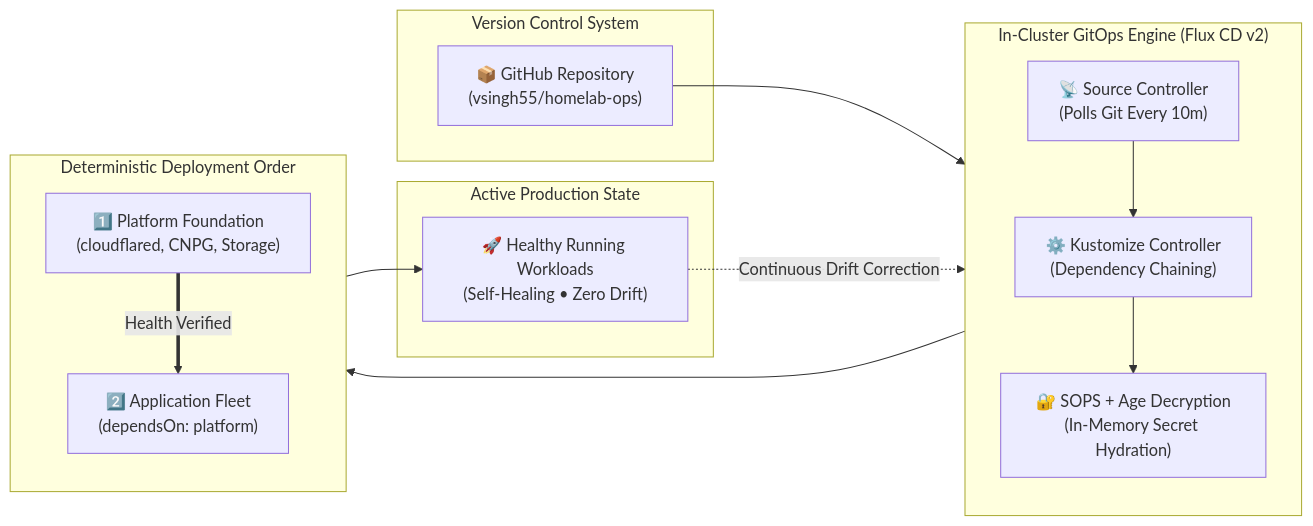
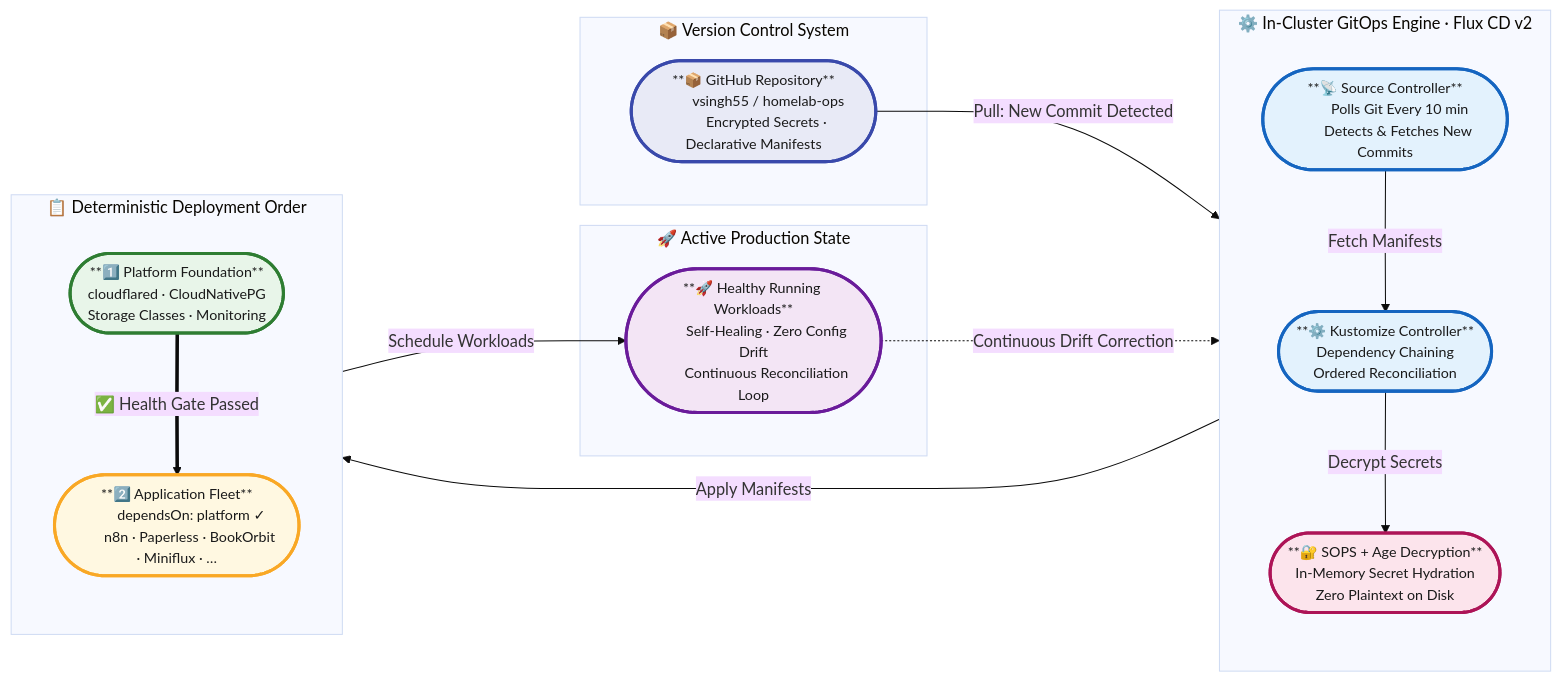
One commit to vsingh55/homelab-ops changed the third of 4 diagrams in README.md. Above: the diagram before and after it, drawn with Mermaid. The commit also changed other lines of this file, not shown here.

````diff
--- a/README.md
+++ b/README.md
@@ -161,32 +207,66 @@
 ```mermaid
+%%{init: {'theme': 'base', 'themeVariables': {'fontSize': '16px', 'fontFamily': 'Inter, Segoe UI, sans-serif'}, 'flowchart': {'curve': 'basis', 'nodeSpacing': 65, 'rankSpacing': 90}}}%%
 flowchart LR
-    subgraph VCS["Version Control System"]
-        GitRepo["📦 GitHub Repository\n(vsingh55/homelab-ops)"]
+
+    %% ── STYLE DEFINITIONS ─────────────────────────────────────────
+    classDef vcsStyle      fill:#E8EAF6,stroke:#3949AB,stroke-width:3px,color:#1A1A1A,font-size:14px;
+    classDef controlStyle  fill:#E3F2FD,stroke:#1565C0,stroke-width:3px,color:#1A1A1A,font-size:14px;
+    classDef secretStyle   fill:#FCE4EC,stroke:#AD1457,stroke-width:3px,color:#1A1A1A,font-size:14px;
+    classDef platformStyle fill:#E8F5E9,stroke:#2E7D32,stroke-width:3px,color:#1A1A1A,font-size:14px;
+    classDef appsStyle     fill:#FFF8E1,stroke:#F9A825,stroke-width:3px,color:#1A1A1A,font-size:14px;
+    classDef liveStyle     fill:#F3E5F5,stroke:#6A1B9A,stroke-width:3px,color:#1A1A1A,font-size:14px;
+
+    %% ── SOURCE OF TRUTH ──────────────────────────────────────────
+    subgraph VCS["📦  Version Control System"]
+        GitRepo(["**📦 GitHub Repository**
+        vsingh55 / homelab-ops
+        Encrypted Secrets · Declarative Manifests"])
     end
+    class GitRepo vcsStyle;
 
-    subgraph ClusterGitOps["In-Cluster GitOps Engine (Flux CD v2)"]
+    %% ── IN-CLUSTER GITOPS ENGINE ─────────────────────────────────
+    subgraph ClusterGitOps["⚙️  In-Cluster GitOps Engine · Flux CD v2"]
         direction TB
-        SourceCtrl["📡 Source Controller\n(Polls Git Every 10m)"]
-        KustCtrl["⚙️ Kustomize Controller\n(Dependency Chaining)"]
-        SOPS["🔐 SOPS + Age Decryption\n(In-Memory Secret Hydration)"]
+        SourceCtrl(["**📡 Source Controller**
+        Polls Git Every 10 min
+        Detects & Fetches New Commits"])
+        KustCtrl(["**⚙️ Kustomize Controller**
+        Dependency Chaining
+        Ordered Reconciliation"])
+        SOPS(["**🔐 SOPS + Age Decryption**
+        In-Memory Secret Hydration
+        Zero Plaintext on Disk"])
     end
+    class SourceCtrl,KustCtrl controlStyle;
+    class SOPS secretStyle;
 
-    subgraph DeploymentStages["Deterministic Deployment Order"]
+    %% ── DEPLOYMENT STAGES ────────────────────────────────────────
+    subgraph DeploymentStages["📋  Deterministic Deployment Order"]
         direction TB
-        StagePlatform["1️⃣ Platform Foundation\n(cloudflared, CNPG, Storage)"]
-        StageApps["2️⃣ Application Fleet\n(dependsOn: platform)"]
+        StagePlatform(["**1️⃣ Platform Foundation**
+        cloudflared · CloudNativePG
+        Storage Classes · Monitoring"])
+        StageApps(["**2️⃣ Application Fleet**
+        dependsOn: platform ✓
+        n8n · Paperless · BookOrbit · Miniflux · …"])
     end
+    class StagePlatform platformStyle;
+    class StageApps appsStyle;
 
-    subgraph ClusterState["Active Production State"]
-        LivePods["🚀 Healthy Running Workloads\n(Self-Healing • Zero Drift)"]
+    %% ── LIVE CLUSTER STATE ───────────────────────────────────────
+    subgraph ClusterState["🚀  Active Production State"]
+        LivePods(["**🚀 Healthy Running Workloads**
+        Self-Healing · Zero Config Drift
+        Continuous Reconciliation Loop"])
     end
+    class LivePods liveStyle;
 
-    %% Pipeline flow
-    GitRepo --> SourceCtrl
-    SourceCtrl --> KustCtrl
-    KustCtrl --> SOPS
-    SOPS --> StagePlatform
-    StagePlatform ==>|Health Verified| StageApps
-    StageApps --> LivePods
-    LivePods -. "Continuous Drift Correction" .-> KustCtrl
+    %% ── PIPELINE FLOW ────────────────────────────────────────────
+    GitRepo      -- "Pull: New Commit Detected"      --> SourceCtrl
+    SourceCtrl   -- "Fetch Manifests"                --> KustCtrl
+    KustCtrl     -- "Decrypt Secrets"                --> SOPS
+    SOPS         -- "Apply Manifests"                --> StagePlatform
+    StagePlatform ==>|"✅ Health Gate Passed"| StageApps
+    StageApps    -- "Schedule Workloads"             --> LivePods
+    LivePods     -. "Continuous Drift Correction"    .-> KustCtrl
 ```
````
